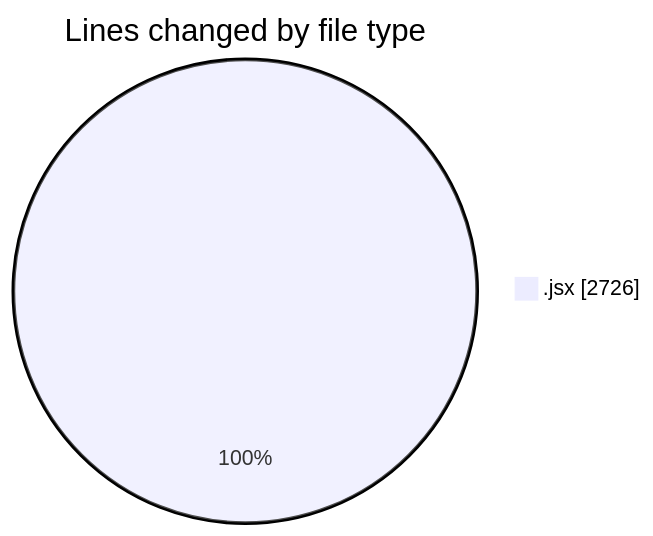
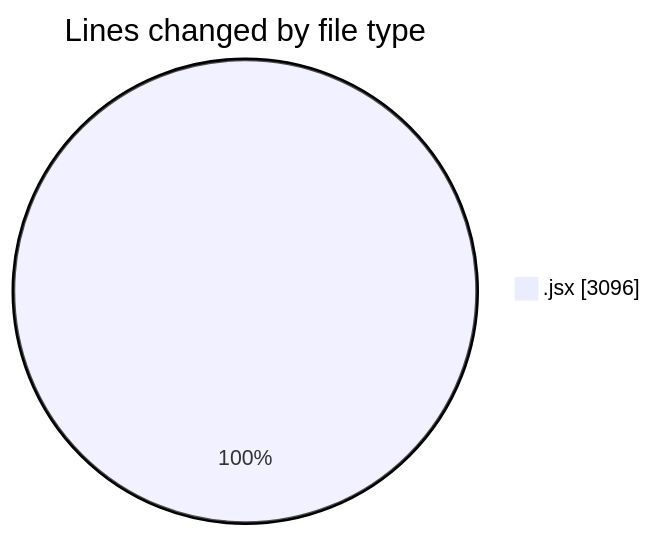
Before and after one commit to nxtqubesakshisongat/code-tracking: the first of 2 diagrams in 2025-05-14/argos-dev/README.md, drawn with Mermaid. The commit also changed other lines of this file and 1 other file, not shown here.

````diff
--- a/2025-05-14/argos-dev/README.md
+++ b/2025-05-14/argos-dev/README.md
@@ -24,5 +24,5 @@
 ```mermaid
 pie showData
 title Lines changed by file type
-".jsx" : 2726
+".jsx" : 3096
 ```
````
